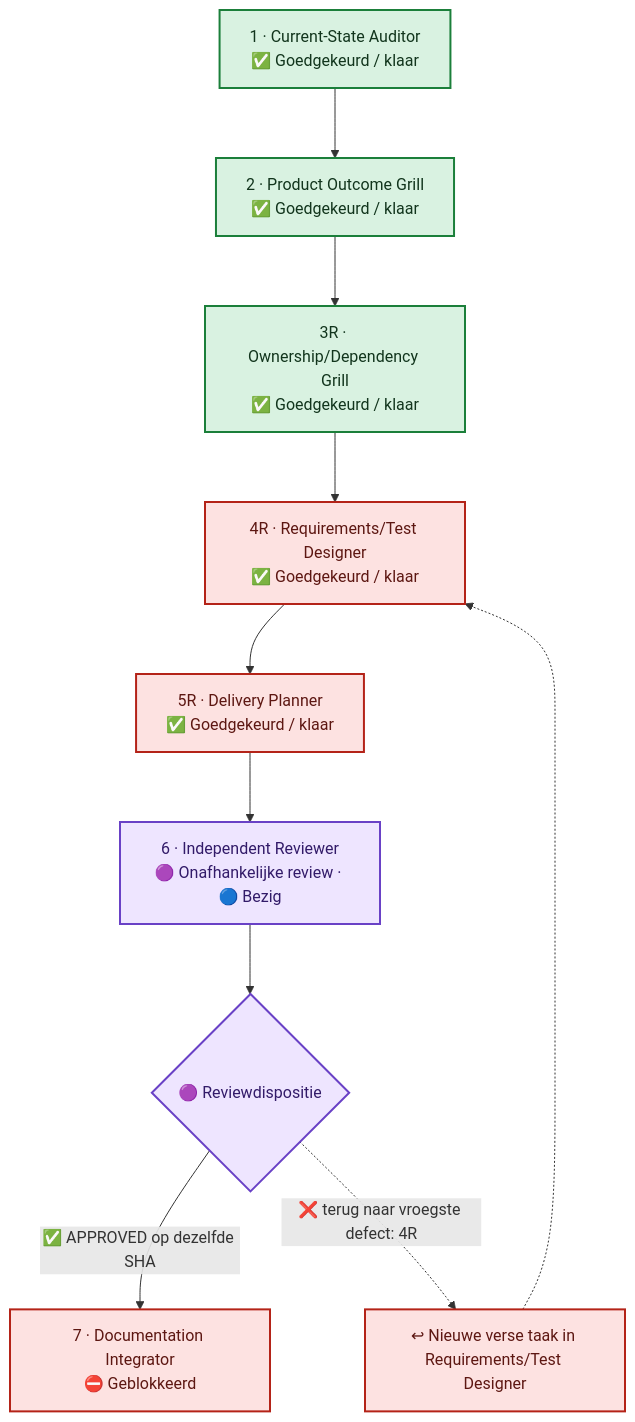
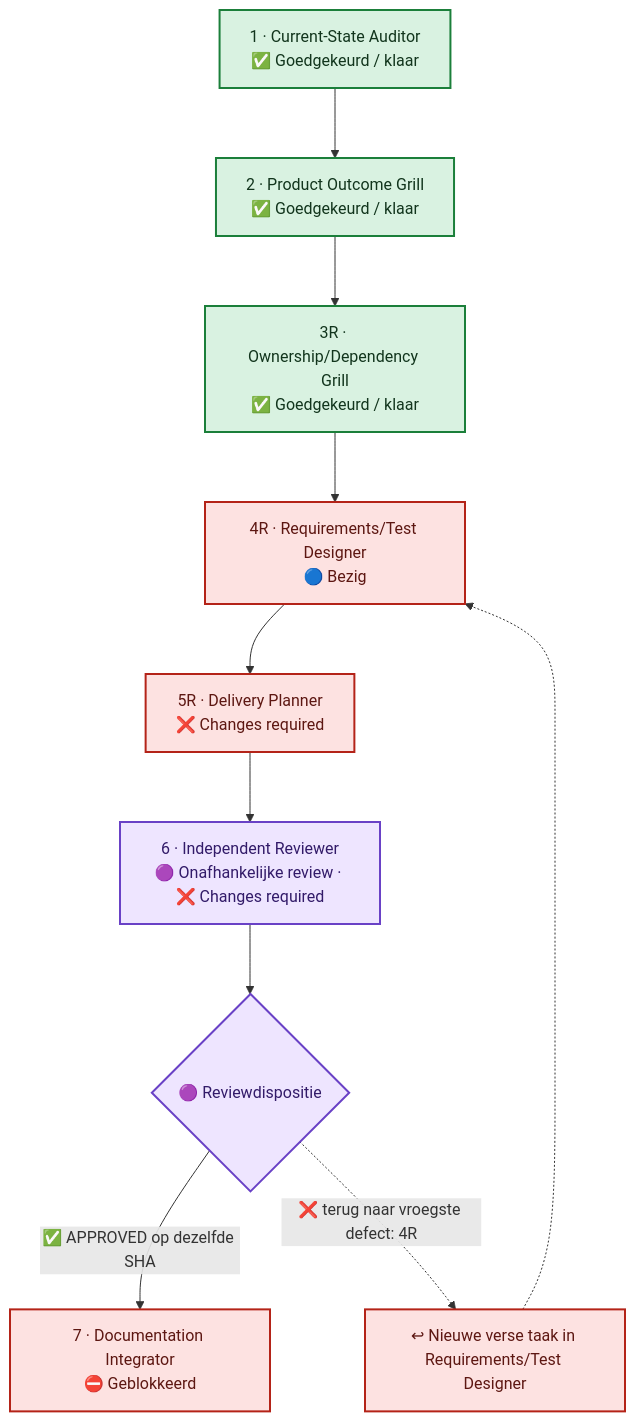
Before and after one commit to Jandesch91/n1-bioforge-requirements-cockpit: the diagram in flow.mmd, drawn with Mermaid. The commit also changed 4 other files, not shown here.

```diff
--- a/flow.mmd
+++ b/flow.mmd
@@ -1,24 +1,24 @@
 %%{init: {"flowchart": {"curve": "basis", "nodeSpacing": 60, "rankSpacing": 70, "htmlLabels": true}}}%%
 flowchart TB
     %% A vertical main lane prevents crossing arrows. The review return uses one side lane.
     phase_1["1 · Current-State Auditor<br/>✅ Goedgekeurd / klaar"]
     phase_2["2 · Product Outcome Grill<br/>✅ Goedgekeurd / klaar"]
     phase_3r["3R · Ownership/Dependency Grill<br/>✅ Goedgekeurd / klaar"]
-    phase_4r["4R · Requirements/Test Designer<br/>✅ Goedgekeurd / klaar"]
-    phase_5r["5R · Delivery Planner<br/>✅ Goedgekeurd / klaar"]
-    phase_6["6 · Independent Reviewer<br/>🟣 Onafhankelijke review · 🔵 Bezig"]
+    phase_4r["4R · Requirements/Test Designer<br/>🔵 Bezig"]
+    phase_5r["5R · Delivery Planner<br/>❌ Changes required"]
+    phase_6["6 · Independent Reviewer<br/>🟣 Onafhankelijke review · ❌ Changes required"]
     phase_7["7 · Documentation Integrator<br/>⛔ Geblokkeerd"]
     phase_1 --> phase_2 --> phase_3r --> phase_4r --> phase_5r --> phase_6
     review_decision{"🟣 Reviewdispositie"}
     phase_6 --> review_decision
     review_decision -->|"✅ APPROVED op dezelfde SHA"| phase_7
     review_decision -.->|"❌ terug naar vroegste defect: 4R"| return_lane["↩ Nieuwe verse taak in Requirements/Test Designer"]
     return_lane -.-> phase_4r
     classDef approved fill:#D9F2E1,stroke:#1B7F3A,color:#12351D,stroke-width:2px
     classDef changes fill:#FDE2E1,stroke:#B42318,color:#5D1712,stroke-width:2px
     classDef blocked fill:#FDE2E1,stroke:#B42318,color:#5D1712,stroke-width:2px
     classDef review fill:#EEE5FF,stroke:#6941C6,color:#321B69,stroke-width:2px
     class phase_1,phase_2,phase_3r approved
     class phase_4r changes
     class phase_5r,phase_7,return_lane blocked
     class phase_6,review_decision review
```
